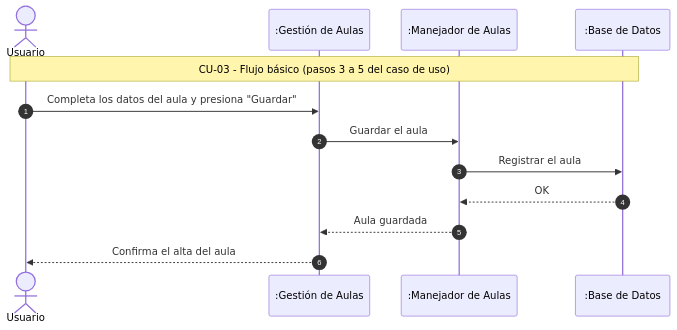
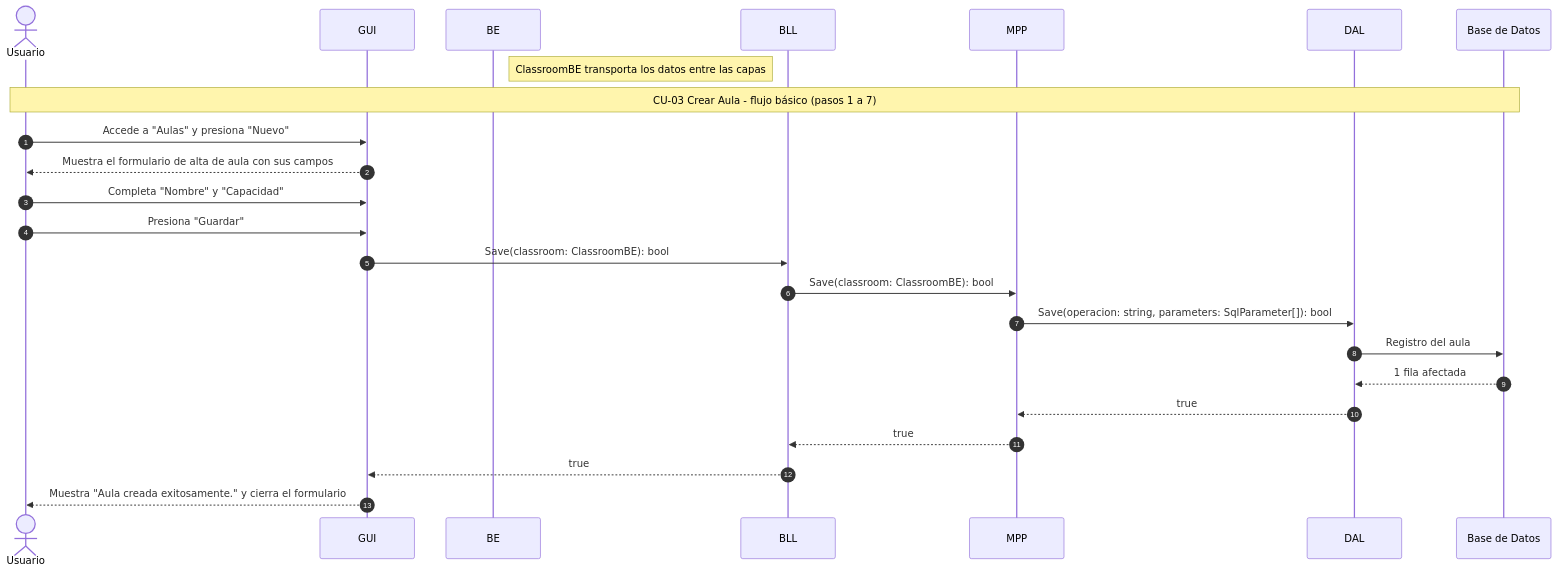
One commit to DarioZubaray/Proyecto-Final changed the first of 2 diagrams in docs/md/4.3.CU-03-Crear-Aula.md. Above: the diagram before and after it, drawn with Mermaid. The commit also changed other lines of this file and 48 other files, not shown here.

First line of the commit message:
docs(reestructuracion): 4 roles, actores de CUs y diagramas regenerados

````diff
--- a/docs/md/4.3.CU-03-Crear-Aula.md
+++ b/docs/md/4.3.CU-03-Crear-Aula.md
@@ -62,16 +75,28 @@
 ```mermaid
 sequenceDiagram
     autonumber
     actor Usuario
-    participant AUL as :Gestión de Aulas
-    participant MAN as :Manejador de Aulas
-    participant BD as :Base de Datos
+    participant GUI as GUI
+    participant BE as BE
+    participant BLL as BLL
+    participant MPP as MPP
+    participant DAL as DAL
+    participant BD as Base de Datos
 
-    Note over Usuario,BD: CU-03 - Flujo básico (pasos 3 a 5 del caso de uso)
-    Usuario->>AUL: Completa los datos del aula y presiona "Guardar"
-    AUL->>MAN: Guardar el aula
-    MAN->>BD: Registrar el aula
-    BD-->>MAN: OK
-    MAN-->>AUL: Aula guardada
-    AUL-->>Usuario: Confirma el alta del aula
+    Note right of BE: ClassroomBE transporta los datos entre las capas
+    Note over Usuario,BD: CU-03 Crear Aula - flujo básico (pasos 1 a 7)
+
+    Usuario->>GUI: Accede a "Aulas" y presiona "Nuevo"
+    GUI-->>Usuario: Muestra el formulario de alta de aula con sus campos
+    Usuario->>GUI: Completa "Nombre" y "Capacidad"
+    Usuario->>GUI: Presiona "Guardar"
+    GUI->>BLL: Save(classroom: ClassroomBE): bool
+    BLL->>MPP: Save(classroom: ClassroomBE): bool
+    MPP->>DAL: Save(operacion: string, parameters: SqlParameter[]): bool
+    DAL->>BD: Registro del aula
+    BD-->>DAL: 1 fila afectada
+    DAL-->>MPP: true
+    MPP-->>BLL: true
+    BLL-->>GUI: true
+    GUI-->>Usuario: Muestra "Aula creada exitosamente." y cierra el formulario
 ```
````
